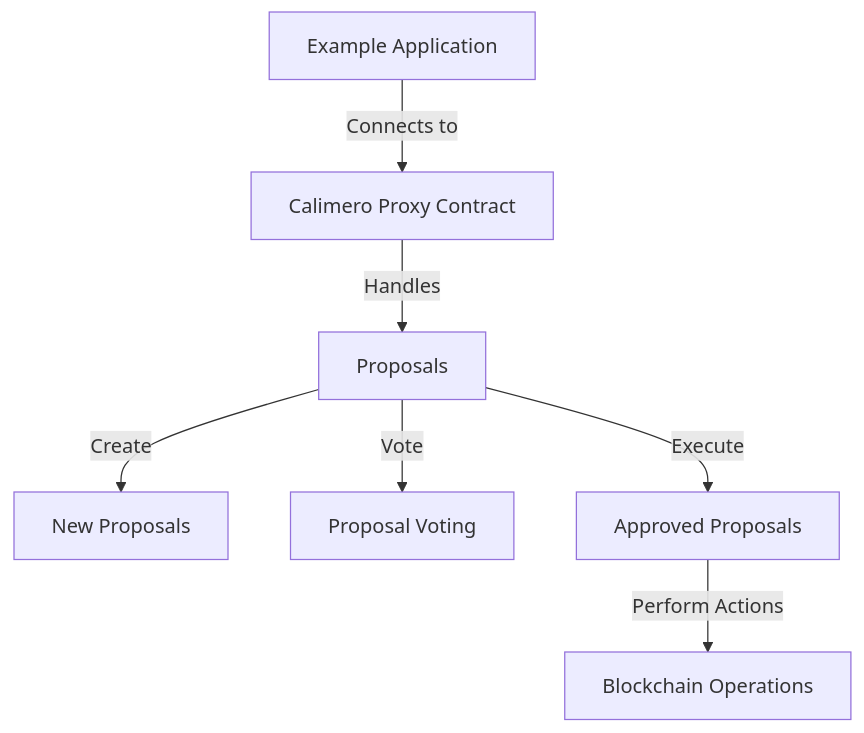
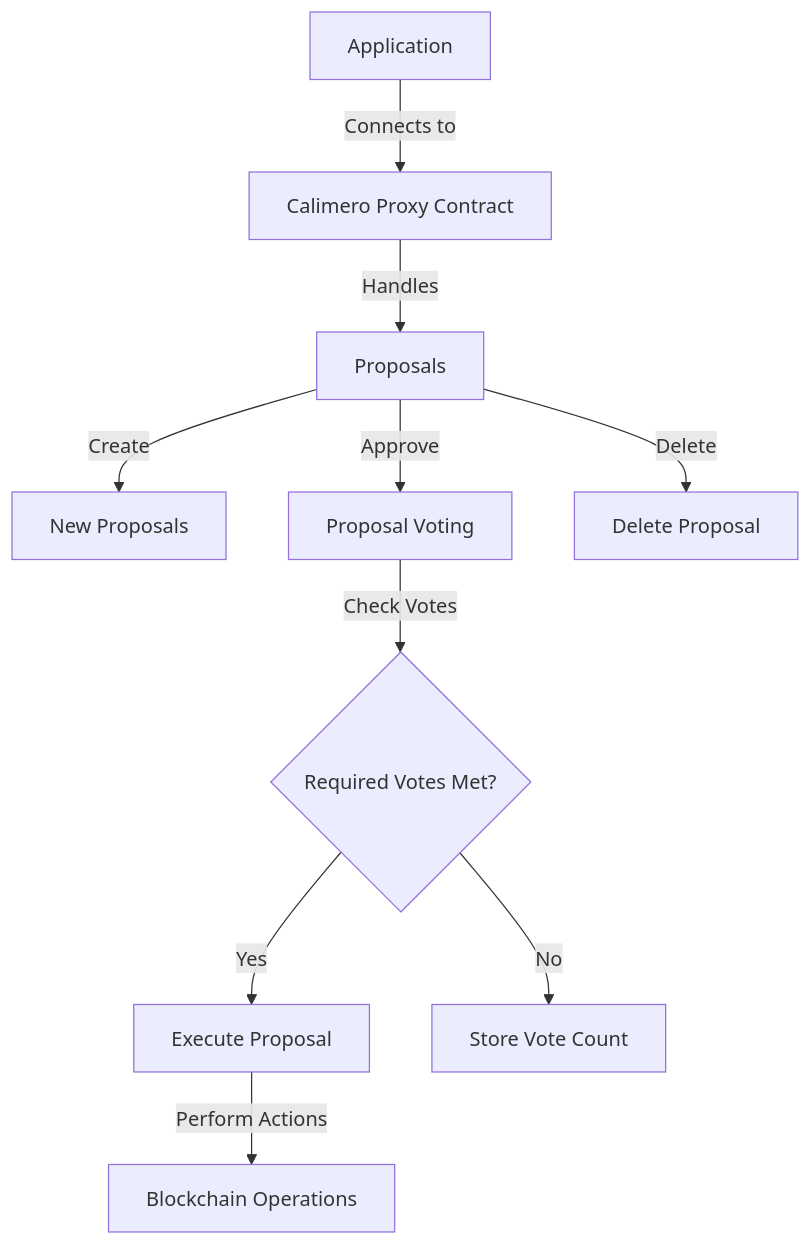
Before and after one commit to calimero-network/calimero-network.github.io: the seventh of 7 diagrams in docs/03-core-concepts/06-blockchains-integration/01-blockchain-integration-general.mdx, drawn with Mermaid. The commit also changed other lines of this file, not shown here.

Commit message:
fixed graphs

````diff
--- a/docs/03-core-concepts/06-blockchains-integration/01-blockchain-integration-general.mdx
+++ b/docs/03-core-concepts/06-blockchains-integration/01-blockchain-integration-general.mdx
@@ -166,9 +164,12 @@
 ```mermaid
 graph TD
-    A[Example Application] -->|Connects to| B[Calimero Proxy Contract]
+    A[Application] -->|Connects to| B[Calimero Proxy Contract]
     B -->|Handles| C[Proposals]
     C -->|Create| D[New Proposals]
-    C -->|Vote| E[Proposal Voting]
-    C -->|Execute| F[Approved Proposals]
-    F -->|Perform Actions| G[Blockchain Operations]
+    C -->|Approve| E[Proposal Voting]
+    C -->|Delete| J[Delete Proposal]
+    E -->|Check Votes| F{Required Votes Met?}
+    F -->|Yes| G[Execute Proposal]
+    G -->|Perform Actions| H[Blockchain Operations]
+    F -->|No| I[Store Vote Count]
 ```
````
